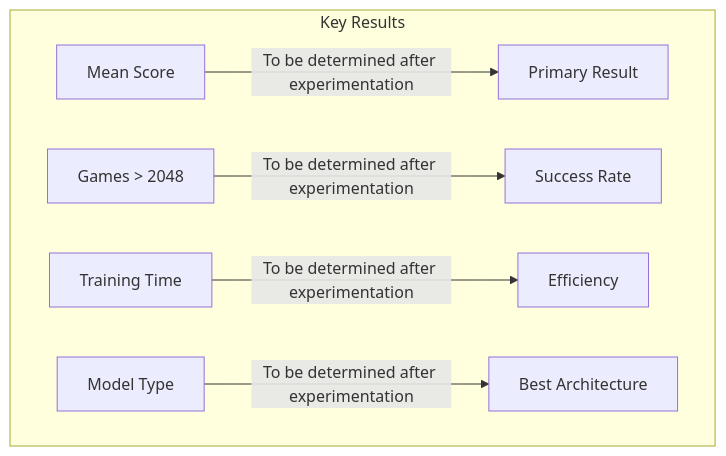
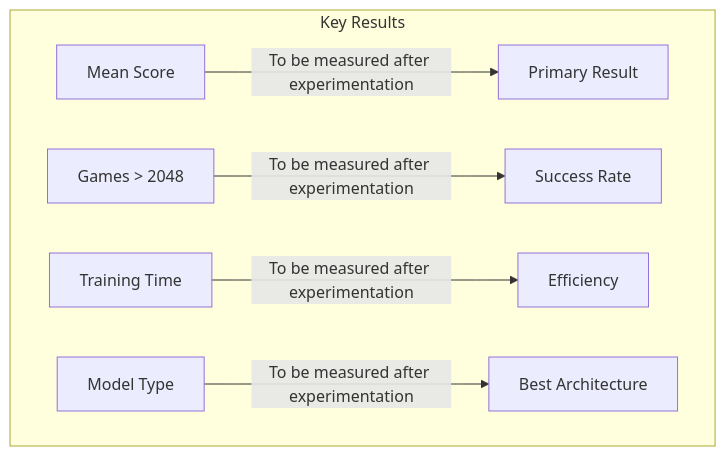
The first of 6 diagrams in plan/08-Research-Report/01-IMRD/03-results.md (Evintkoo/2048-ml), drawn with Mermaid before and after one commit. The commit also changed other lines of this file and 4 other files, not shown here.

````diff
--- a/plan/08-Research-Report/01-IMRD/03-results.md
+++ b/plan/08-Research-Report/01-IMRD/03-results.md
@@ -9,9 +9,9 @@
 ```mermaid
 flowchart TD
     subgraph "Key Results"
-        A[Mean Score] -->|To be determined after experimentation| B[Primary Result]
-        C[Games > 2048] -->|To be determined after experimentation| D[Success Rate]
-        E[Training Time] -->|To be determined after experimentation| F[Efficiency]
-        G[Model Type] -->|To be determined after experimentation| H[Best Architecture]
+        A[Mean Score] -->|To be measured after experimentation| B[Primary Result]
+        C[Games > 2048] -->|To be measured after experimentation| D[Success Rate]
+        E[Training Time] -->|To be measured after experimentation| F[Efficiency]
+        G[Model Type] -->|To be measured after experimentation| H[Best Architecture]
     end
 ```
````
